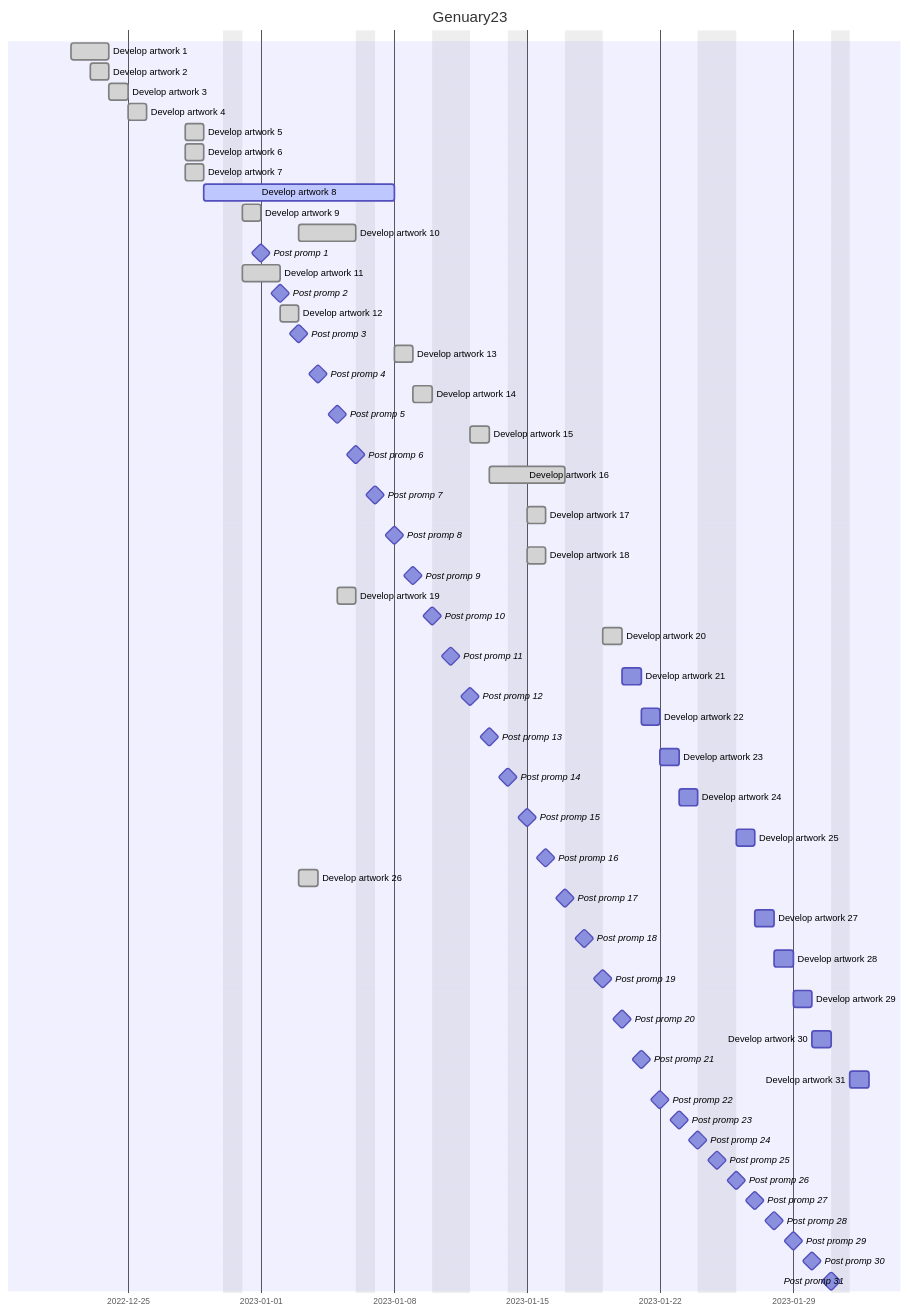
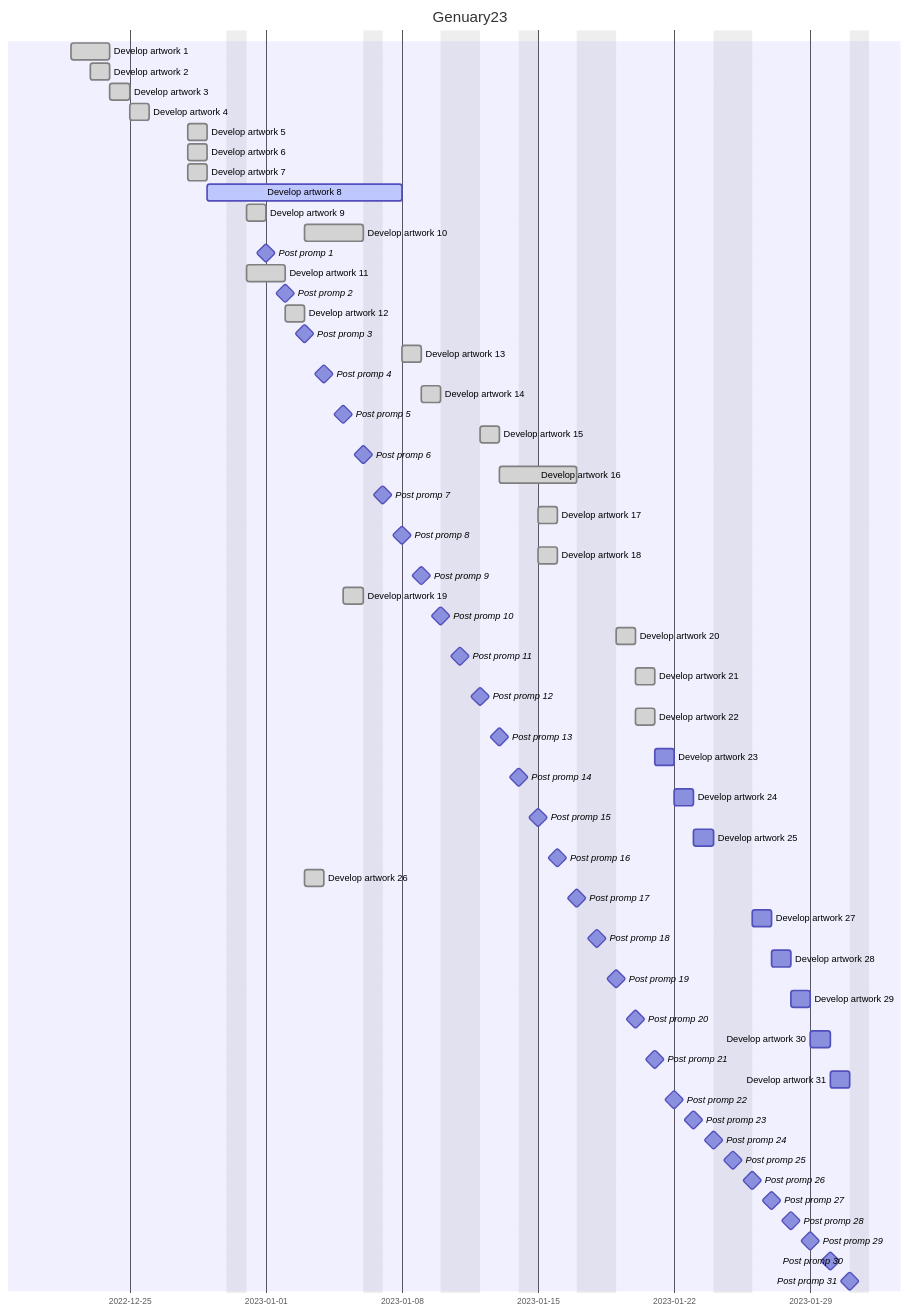
One commit to markralovna/markralovna.github.io changed the diagram in com/Genuary23/index.md. Above: the diagram before and after it, drawn with Mermaid. The commit also changed other lines of this file and 3 other files, not shown here.

````diff
--- a/com/Genuary23/index.md
+++ b/com/Genuary23/index.md
@@ -41,68 +41,68 @@
 ```mermaid
 gantt
 	title Genuary23
     excludes    2023-01-10,2023-01-11,2023-01-17,2023-01-18,2023-01-24,2023-01-25,2023-01-31,2022-12-30,2023-01-06,2023-01-14
 	dateFormat  YYYY-MM-DD
 	Develop artwork  1               : done     ,     d01,     2022-12-22,     2d 
 	Develop artwork  2               : done     ,     d02,     2022-12-23,     1d 
 	Develop artwork  3               : done     ,     d03,     2022-12-24,     1d 
 	Develop artwork  4               : done     ,     d04,     2022-12-25,     1d 
 	Develop artwork  5               : done     ,     d05,     2022-12-28,     1d 
 	Develop artwork  6               : done     ,     d06,     2022-12-28,     1d 
 	Develop artwork  7               : done     ,     d07,     2022-12-28,     1d 
 	Develop artwork  8               : active   ,     d08,     2022-12-29,     8d 
 	Develop artwork  9               : done     ,     d09,     2022-12-31,     1d 
 	Develop artwork 10               : done     ,     d10,     2023-01-03,     3d 
 	Post promp  1                    : milestone,     p01,     2023-01-01,     0d 
 	Develop artwork 11               : done     ,     d11,     2022-12-31,     2d 
 	Post promp  2                    : milestone,     p02,     2023-01-02,     0d 
 	Develop artwork 12               : done     ,     d12,     2023-01-02,     1d 
 	Post promp  3                    : milestone,     p03,     2023-01-03,     0d 
 	Develop artwork 13               : done     ,     d13,     2023-01-08,     1d 
 	Post promp  4                    : milestone,     p04,     2023-01-04,     0d 
 	Develop artwork 14               : done     ,     d14,     2023-01-09,     1d 
 	Post promp  5                    : milestone,     p05,     2023-01-05,     0d 
 	Develop artwork 15               : done     ,     d15,     2023-01-12,     1d 
 	Post promp  6                    : milestone,     p06,     2023-01-06,     0d 
 	Develop artwork 16               : done     ,     d16,     2023-01-13,     3d 
 	Post promp  7                    : milestone,     p07,     2023-01-07,     0d 
 	Develop artwork 17               : done     ,     d17,     2023-01-15,     1d 
 	Post promp  8                    : milestone,     p08,     2023-01-08,     0d 
 	Develop artwork 18               : done     ,     d18,     2023-01-15,     1d 
 	Post promp  9                    : milestone,     p09,     2023-01-09,     0d 
 	Develop artwork 19               : done     ,     d19,     2023-01-05,     1d 
 	Post promp 10                    : milestone,     p10,     2023-01-10,     0d 
 	Develop artwork 20               : done     ,     d20,     2023-01-19,     1d 
 	Post promp 11                    : milestone,     p11,     2023-01-11,     0d 
-	Develop artwork 21               :                d21,     after d20 ,     1d 
+	Develop artwork 21               : done     ,     d21,     2023-01-20,     1d 
 	Post promp 12                    : milestone,     p12,     2023-01-12,     0d 
-	Develop artwork 22               :                d22,     after d21 ,     1d 
+	Develop artwork 22               : done     ,     d22,     2023-01-20,     1d 
 	Post promp 13                    : milestone,     p13,     2023-01-13,     0d 
 	Develop artwork 23               :                d23,     after d22 ,     1d 
 	Post promp 14                    : milestone,     p14,     2023-01-14,     0d 
 	Develop artwork 24               :                d24,     after d23 ,     1d 
 	Post promp 15                    : milestone,     p15,     2023-01-15,     0d 
 	Develop artwork 25               :                d25,     after d24 ,     1d 
 	Post promp 16                    : milestone,     p16,     2023-01-16,     0d 
 	Develop artwork 26               : done     ,     d26,     2023-01-03,     1d 
 	Post promp 17                    : milestone,     p17,     2023-01-17,     0d 
 	Develop artwork 27               :                d27,     after d25 ,     1d 
 	Post promp 18                    : milestone,     p18,     2023-01-18,     0d 
 	Develop artwork 28               :                d28,     after d27 ,     1d 
 	Post promp 19                    : milestone,     p19,     2023-01-19,     0d 
 	Develop artwork 29               :                d29,     after d28 ,     1d 
 	Post promp 20                    : milestone,     p20,     2023-01-20,     0d 
 	Develop artwork 30               :                d30,     after d29 ,     1d 
 	Post promp 21                    : milestone,     p21,     2023-01-21,     0d 
 	Develop artwork 31               :                d31,     after d30 ,     1d 
 	Post promp 22                    : milestone,     p22,     2023-01-22,     0d 
 	Post promp 23                    : milestone,     p23,     2023-01-23,     0d 
 	Post promp 24                    : milestone,     p24,     2023-01-24,     0d 
 	Post promp 25                    : milestone,     p25,     2023-01-25,     0d 
 	Post promp 26                    : milestone,     p26,     2023-01-26,     0d 
 	Post promp 27                    : milestone,     p27,     2023-01-27,     0d 
 	Post promp 28                    : milestone,     p28,     2023-01-28,     0d 
 	Post promp 29                    : milestone,     p29,     2023-01-29,     0d 
 	Post promp 30                    : milestone,     p30,     2023-01-30,     0d 
 	Post promp 31                    : milestone,     p31,     2023-01-31,     0d 
 ```
````
